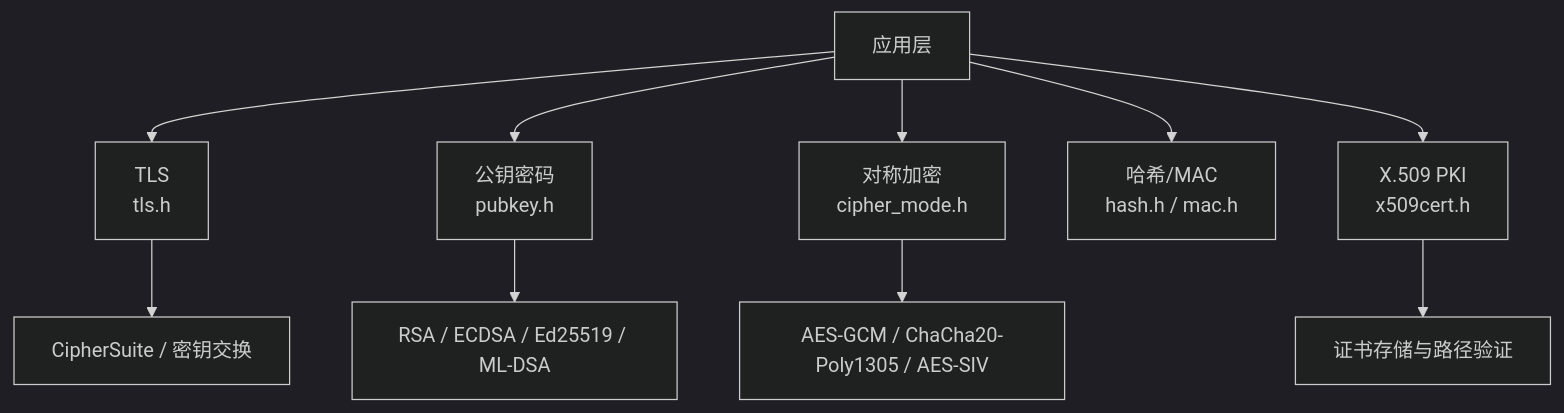
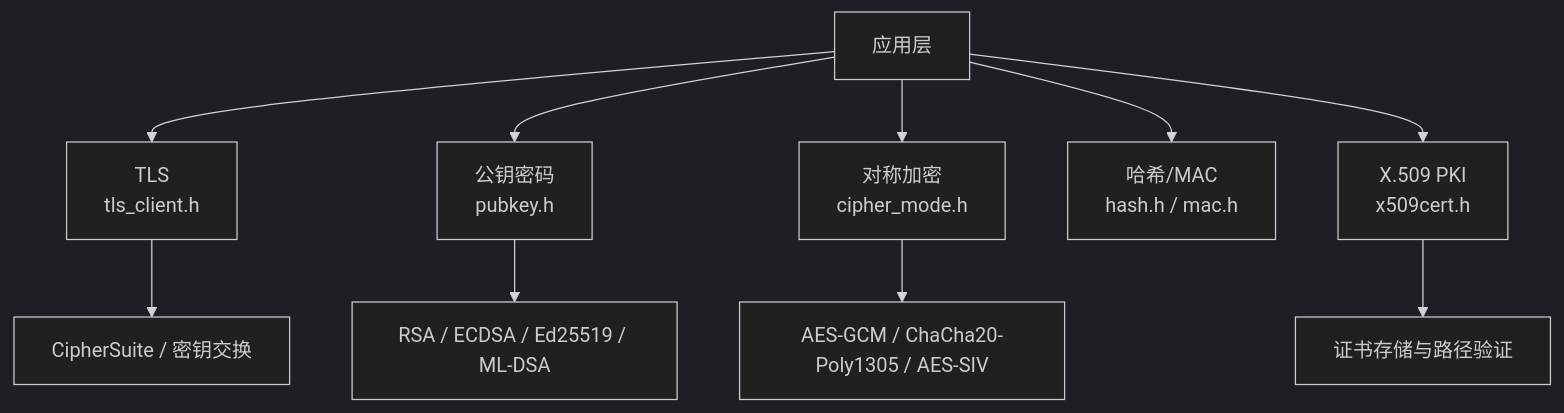
The diagram in content/posts/tech/botan-cpp-cryptography-guide.md (A1pha3/text-matrix), drawn with Mermaid (dark theme) before and after one commit. The commit also changed other lines of this file and 331 other files, not shown here.

````diff
--- a/content/posts/tech/botan-cpp-cryptography-guide.md
+++ b/content/posts/tech/botan-cpp-cryptography-guide.md
@@ -209,12 +210,12 @@
 ```mermaid
 graph TD
-    A[应用层] --> B[TLS<br/>tls.h]
+    A[应用层] --> B[TLS<br/>tls_client.h]
     A --> C[公钥密码<br/>pubkey.h]
     A --> D[对称加密<br/>cipher_mode.h]
     A --> E[哈希/MAC<br/>hash.h / mac.h]
     A --> F[X.509 PKI<br/>x509cert.h]
     B --> G[CipherSuite / 密钥交换]
     C --> H[RSA / ECDSA / Ed25519 / ML-DSA]
     D --> I[AES-GCM / ChaCha20-Poly1305 / AES-SIV]
     F --> J[证书存储与路径验证]
 ```
````
